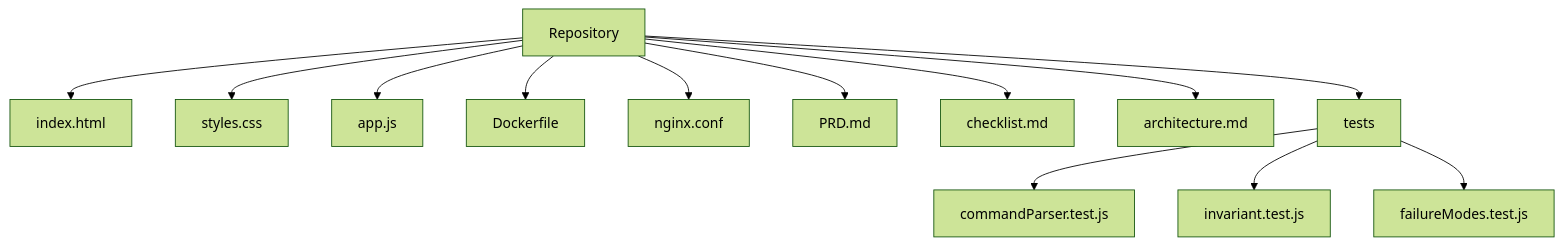
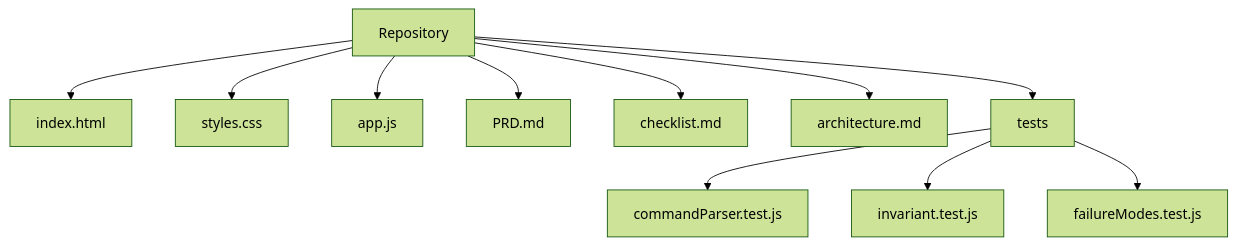
Before and after one commit to AdamMomen/usdc-control-plane: the fourth of 31 diagrams in architecture.md, drawn with Mermaid (forest theme). The commit also changed other lines of this file and 5 other files, not shown here.

Commit message:
Refactor deployment approach: remove Docker and Nginx configurations, transition to static site hosting with Coolify. Update documentation to reflect changes in architecture and deployment process.

````diff
--- a/architecture.md
+++ b/architecture.md
@@ -93,22 +90,19 @@
 ```mermaid
 flowchart TD
 
 A[Repository]
 
 A --> B[index.html]
 A --> C[styles.css]
 A --> D[app.js]
-
-A --> E[Dockerfile]
-A --> F[nginx.conf]
 
 A --> G[PRD.md]
 A --> H[checklist.md]
 A --> I[architecture.md]
 
 A --> J[tests]
 
 J --> K[commandParser.test.js]
 J --> L[invariant.test.js]
 J --> M[failureModes.test.js]
 ```
````
